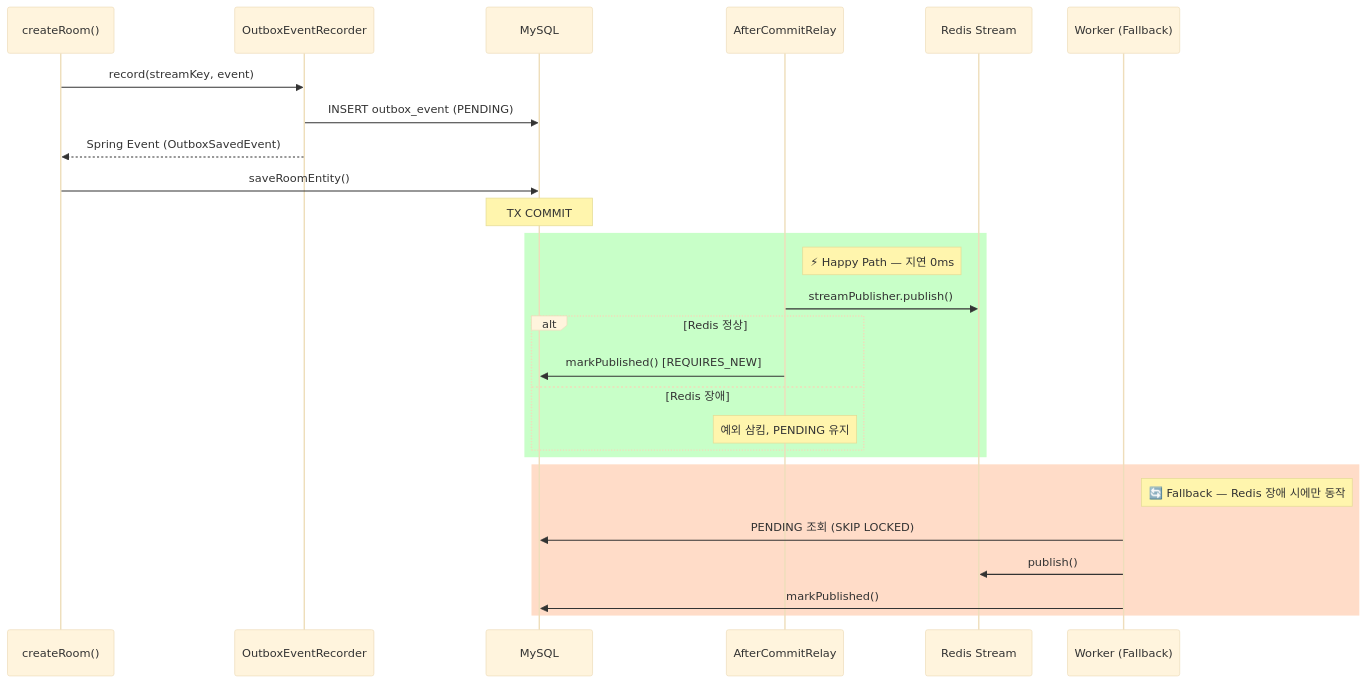
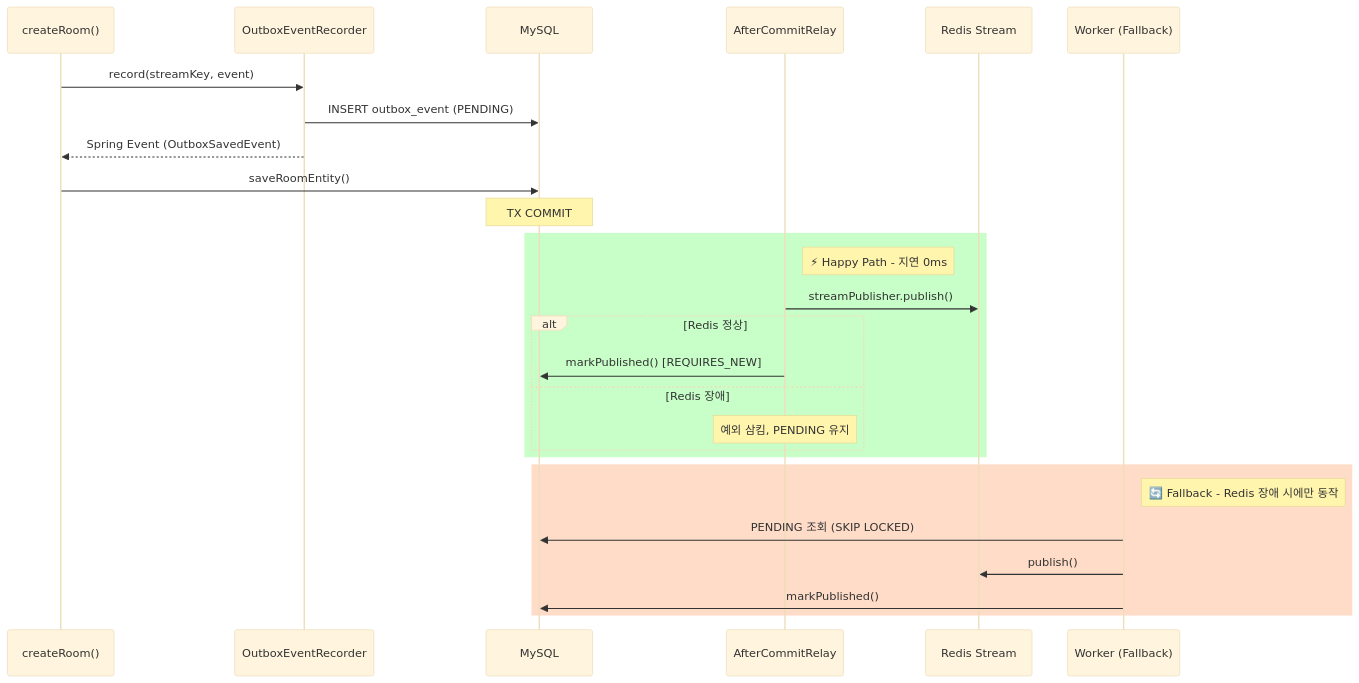
The second of 5 diagrams in contents/posts/zzol/outbox_pattern.md (theminjunchoi/theminjunchoi.github.io), drawn with Mermaid (base theme) before and after one commit. The commit also changed other lines of this file and 12 other files, not shown here.

````diff
--- a/contents/posts/zzol/outbox_pattern.md
+++ b/contents/posts/zzol/outbox_pattern.md
@@ -201,32 +201,32 @@
 ```mermaid
 sequenceDiagram
     participant C as createRoom()
     participant OR as OutboxEventRecorder
     participant DB as MySQL
     participant AR as AfterCommitRelay
     participant R as Redis Stream
     participant W as Worker (Fallback)
 
     C->>OR: record(streamKey, event)
     OR->>DB: INSERT outbox_event (PENDING)
     OR-->>C: Spring Event (OutboxSavedEvent)
     C->>DB: saveRoomEntity()
     Note over DB: TX COMMIT
 
     rect rgb(200, 255, 200)
-        Note right of AR: ⚡ Happy Path — 지연 0ms
+        Note right of AR: ⚡ Happy Path - 지연 0ms
         AR->>R: streamPublisher.publish()
         alt Redis 정상
             AR->>DB: markPublished() [REQUIRES_NEW]
         else Redis 장애
             Note over AR: 예외 삼킴, PENDING 유지
         end
     end
 
     rect rgb(255, 220, 200)
-        Note right of W: 🔄 Fallback — Redis 장애 시에만 동작
+        Note right of W: 🔄 Fallback - Redis 장애 시에만 동작
         W->>DB: PENDING 조회 (SKIP LOCKED)
         W->>R: publish()
         W->>DB: markPublished()
     end
 ```
````
